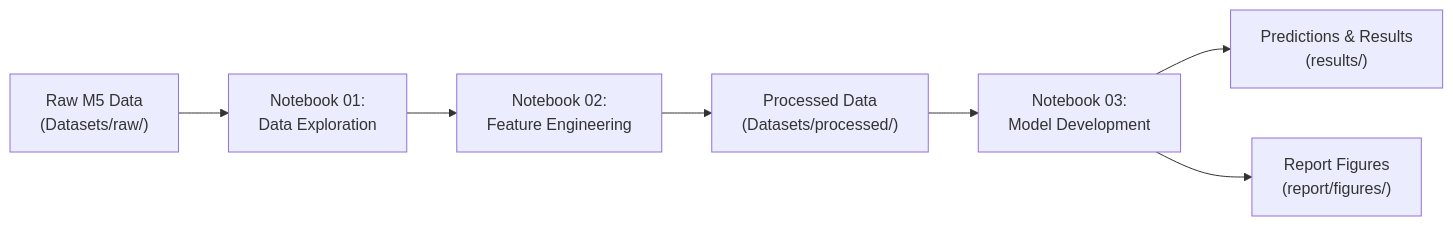
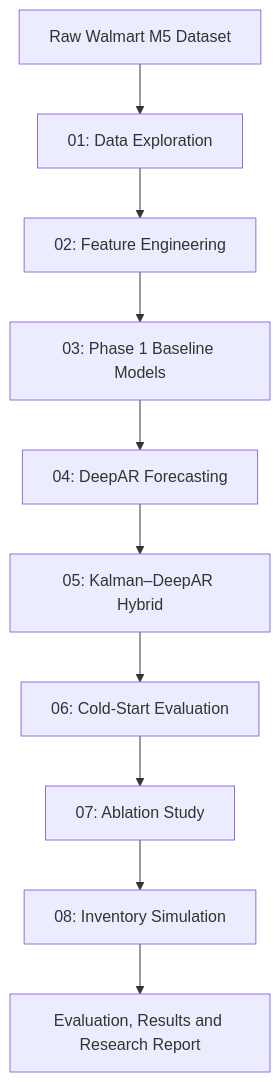
The diagram in README.md (tejuuu-7774/Inventory-demand-forecasting), drawn with Mermaid before and after one commit. The commit also changed other lines of this file, not shown here.

First line of the commit message:
docs: rewrite README as the full Phase 1 and Phase 2 project guide

````diff
--- a/README.md
+++ b/README.md
@@ -107,9 +193,12 @@
 ```mermaid
-flowchart LR
-    A["Raw M5 Data\n(Datasets/raw/)"] --> B["Notebook 01:\nData Exploration"]
-    B --> C["Notebook 02:\nFeature Engineering"]
-    C --> D["Processed Data\n(Datasets/processed/)"]
-    D --> E["Notebook 03:\nModel Development"]
-    E --> F["Predictions & Results\n(results/)"]
-    E --> G["Report Figures\n(report/figures/)"]
+flowchart TD
+    A["Raw Walmart M5 Dataset"] --> B["01: Data Exploration"]
+    B --> C["02: Feature Engineering"]
+    C --> D["03: Phase 1 Baseline Models"]
+    D --> E["04: DeepAR Forecasting"]
+    E --> F["05: Kalman–DeepAR Hybrid"]
+    F --> G["06: Cold-Start Evaluation"]
+    G --> H["07: Ablation Study"]
+    H --> I["08: Inventory Simulation"]
+    I --> J["Evaluation, Results and Research Report"]
 ```
````
